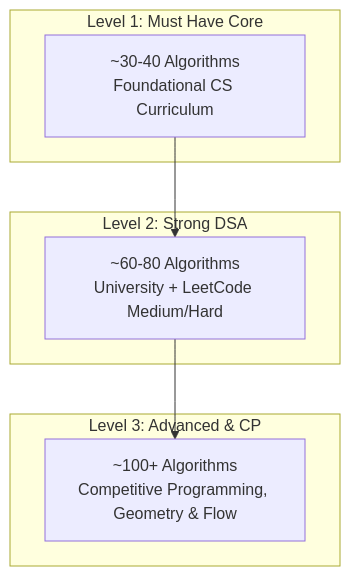
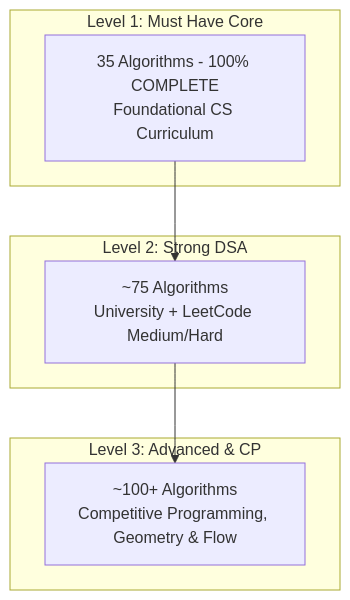
One commit to ThanhNguyxnOrg/StepDSA changed the diagram in docs/MASTER_CURRICULUM.md. Above: the diagram before and after it, drawn with Mermaid. The commit also changed other lines of this file and 23 other files, not shown here.

Commit message:
feat(curriculum): complete 19 new modules, 100% English UI, 44 active algorithms total

````diff
--- a/docs/MASTER_CURRICULUM.md
+++ b/docs/MASTER_CURRICULUM.md
@@ -340,13 +341,13 @@
 ```mermaid
 graph TD
     subgraph Level 1: Must Have Core
-        L1[~30-40 Algorithms<br/>Foundational CS Curriculum]
+        L1[35 Algorithms - 100% COMPLETE<br/>Foundational CS Curriculum]
     end
     subgraph Level 2: Strong DSA
-        L2[~60-80 Algorithms<br/>University + LeetCode Medium/Hard]
+        L2[~75 Algorithms<br/>University + LeetCode Medium/Hard]
     end
     subgraph Level 3: Advanced & CP
         L3[~100+ Algorithms<br/>Competitive Programming, Geometry & Flow]
     end
     L1 --> L2 --> L3
 ```
````
